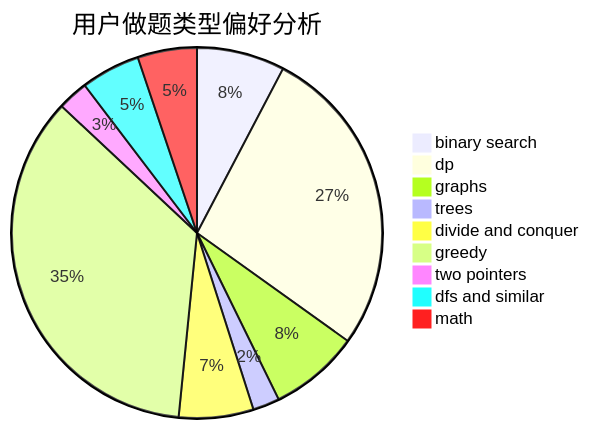
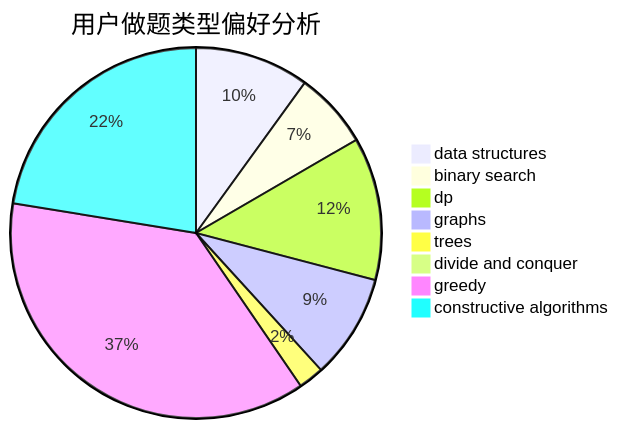
The second of 3 diagrams in docs/user/u898.md (sherpahu/cfrs.github.io), drawn with Mermaid before and after one commit. The commit also changed other lines of this file and 2775 other files, not shown here.

````diff
--- a/docs/user/u898.md
+++ b/docs/user/u898.md
@@ -23,12 +23,11 @@
 ```mermaid
 pie title 用户做题类型偏好分析
-    "binary search" :  46
-    "dp" :  163
-    "graphs" :  47
-    "trees" :  14
-    "divide and conquer" :  39
-    "greedy" :  212
-    "two pointers" :  16
-    "dfs and similar" :  31
-    "math" :  31
+    "data structures" :  36
+    "binary search" :  24
+    "dp" :  45
+    "graphs" :  33
+    "trees" :  8
+    "divide and conquer" :  1
+    "greedy" :  134
+    "constructive algorithms" :  81
 ```
````
